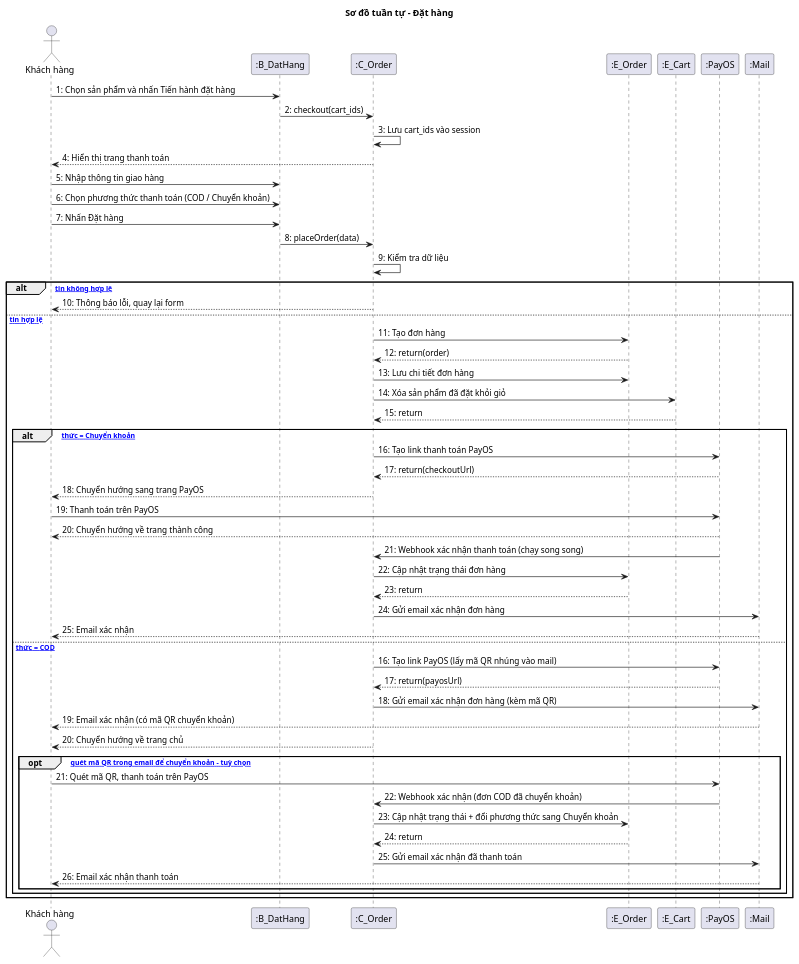
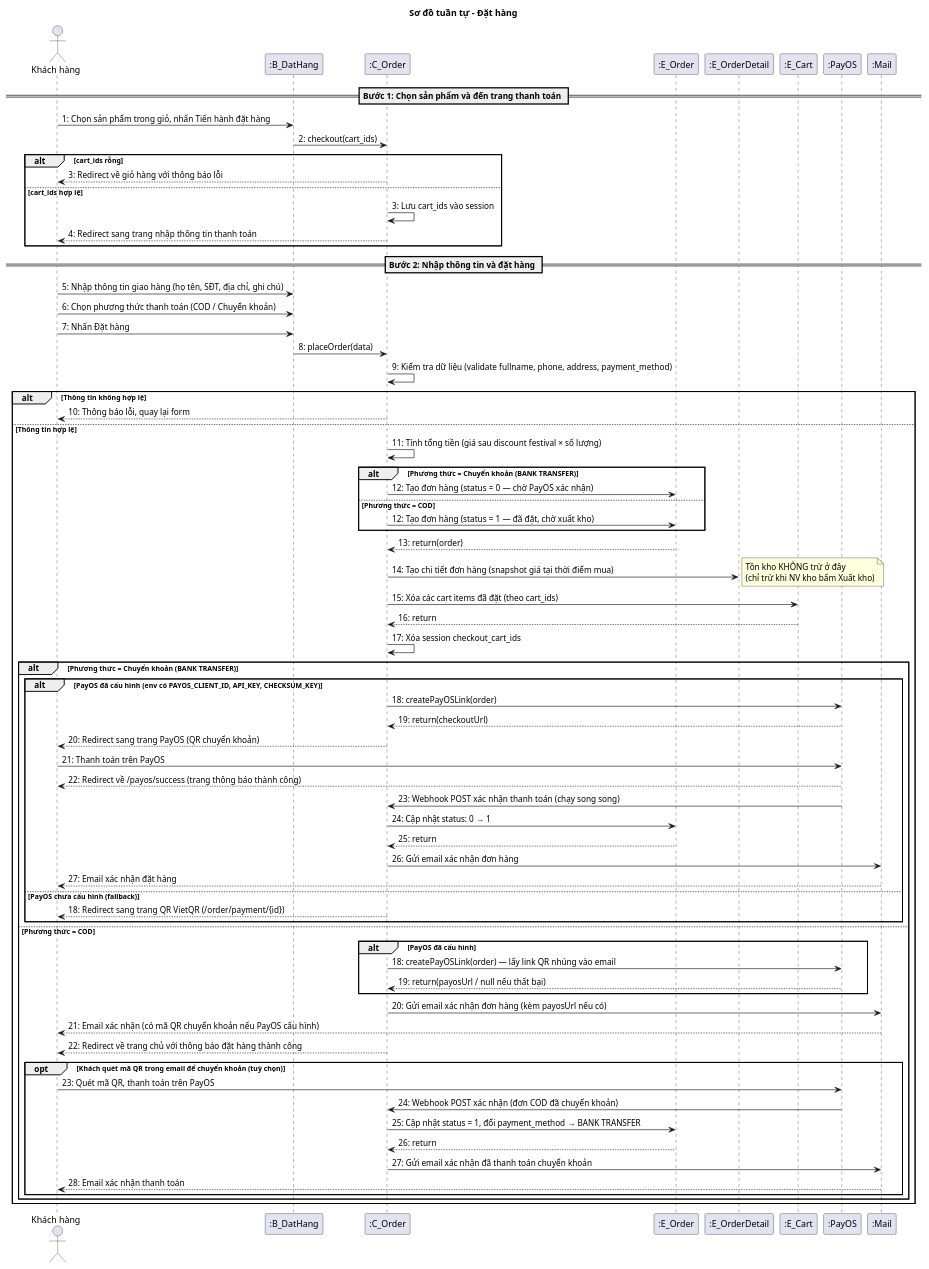
Before and after one commit to thien258/luanvantotnghiep: the diagram in app/Http/doc/sequence/05-dat-hang.puml, drawn with PlantUML. The commit also changed 59 other files, not shown here.

```diff
--- a/app/Http/doc/sequence/05-dat-hang.puml
+++ b/app/Http/doc/sequence/05-dat-hang.puml
@@ -1,62 +1,91 @@
 @startuml
 title Sơ đồ tuần tự - Đặt hàng
 
 actor "Khách hàng" as KH
 participant ":B_DatHang" as B
 participant ":C_Order" as C
 participant ":E_Order" as EO
+participant ":E_OrderDetail" as EOD
 participant ":E_Cart" as EC
 participant ":PayOS" as P
 participant ":Mail" as M
 
-KH -> B : 1: Chọn sản phẩm và nhấn Tiến hành đặt hàng
+== Bước 1: Chọn sản phẩm và đến trang thanh toán ==
+
+KH -> B : 1: Chọn sản phẩm trong giỏ, nhấn Tiến hành đặt hàng
 B -> C : 2: checkout(cart_ids)
-C -> C : 3: Lưu cart_ids vào session
-C --> KH : 4: Hiển thị trang thanh toán
 
-KH -> B : 5: Nhập thông tin giao hàng
+alt cart_ids rỗng
+    C --> KH : 3: Redirect về giỏ hàng với thông báo lỗi
+else cart_ids hợp lệ
+    C -> C : 3: Lưu cart_ids vào session
+    C --> KH : 4: Redirect sang trang nhập thông tin thanh toán
+end
+
+== Bước 2: Nhập thông tin và đặt hàng ==
+
+KH -> B : 5: Nhập thông tin giao hàng (họ tên, SĐT, địa chỉ, ghi chú)
 KH -> B : 6: Chọn phương thức thanh toán (COD / Chuyển khoản)
 KH -> B : 7: Nhấn Đặt hàng
 B -> C : 8: placeOrder(data)
-C -> C : 9: Kiểm tra dữ liệu
+C -> C : 9: Kiểm tra dữ liệu (validate fullname, phone, address, payment_method)
 
-alt [Thông tin không hợp lệ]
+alt Thông tin không hợp lệ
     C --> KH : 10: Thông báo lỗi, quay lại form
+else Thông tin hợp lệ
+    C -> C : 11: Tính tổng tiền (giá sau discount festival × số lượng)
 
-else [Thông tin hợp lệ]
-    C -> EO : 11: Tạo đơn hàng
-    EO --> C : 12: return(order)
-    C -> EO : 13: Lưu chi tiết đơn hàng
-    C -> EC : 14: Xóa sản phẩm đã đặt khỏi giỏ
-    EC --> C : 15: return
+ 
 
-    alt [Phương thức = Chuyển khoản]
-        C -> P : 16: Tạo link thanh toán PayOS
-        P --> C : 17: return(checkoutUrl)
-        C --> KH : 18: Chuyển hướng sang trang PayOS
-        KH -> P : 19: Thanh toán trên PayOS
-        P --> KH : 20: Chuyển hướng về trang thành công
-        P -> C : 21: Webhook xác nhận thanh toán (chạy song song)
-        C -> EO : 22: Cập nhật trạng thái đơn hàng
-        EO --> C : 23: return
-        C -> M : 24: Gửi email xác nhận đơn hàng
-        M --> KH : 25: Email xác nhận
+    alt Phương thức = Chuyển khoản (BANK TRANSFER)
+        C -> EO : 12: Tạo đơn hàng (status = 0 — chờ PayOS xác nhận)
+    else Phương thức = COD
+        C -> EO : 12: Tạo đơn hàng (status = 1 — đã đặt, chờ xuất kho)
+    end
+    EO --> C : 13: return(order)
 
-    else [Phương thức = COD]
-        C -> P : 16: Tạo link PayOS (lấy mã QR nhúng vào mail)
-        P --> C : 17: return(payosUrl)
-        C -> M : 18: Gửi email xác nhận đơn hàng (kèm mã QR)
-        M --> KH : 19: Email xác nhận (có mã QR chuyển khoản)
-        C --> KH : 20: Chuyển hướng về trang chủ
+   
+        C -> EOD : 14: Tạo chi tiết đơn hàng (snapshot giá tại thời điểm mua)
+        note right: Tồn kho KHÔNG trừ ở đây\n(chỉ trừ khi NV kho bấm Xuất kho)
+   
 
-        opt [Khách quét mã QR trong email để chuyển khoản - tuỳ chọn]
-            KH -> P : 21: Quét mã QR, thanh toán trên PayOS
-            P -> C : 22: Webhook xác nhận (đơn COD đã chuyển khoản)
-            C -> EO : 23: Cập nhật trạng thái + đổi phương thức sang Chuyển khoản
-            EO --> C : 24: return
-            C -> M : 25: Gửi email xác nhận đã thanh toán
-            M --> KH : 26: Email xác nhận thanh toán
+    C -> EC : 15: Xóa các cart items đã đặt (theo cart_ids)
+    EC --> C : 16: return
+    C -> C : 17: Xóa session checkout_cart_ids
+
+    alt Phương thức = Chuyển khoản (BANK TRANSFER)
+        alt PayOS đã cấu hình (env có PAYOS_CLIENT_ID, API_KEY, CHECKSUM_KEY)
+            C -> P : 18: createPayOSLink(order)
+            P --> C : 19: return(checkoutUrl)
+            C --> KH : 20: Redirect sang trang PayOS (QR chuyển khoản)
+            KH -> P : 21: Thanh toán trên PayOS
+            P --> KH : 22: Redirect về /payos/success (trang thông báo thành công)
+            P -> C : 23: Webhook POST xác nhận thanh toán (chạy song song)
+            C -> EO : 24: Cập nhật status: 0 → 1
+            EO --> C : 25: return
+            C -> M : 26: Gửi email xác nhận đơn hàng
+            M --> KH : 27: Email xác nhận đặt hàng
+        else PayOS chưa cấu hình (fallback)
+            C --> KH : 18: Redirect sang trang QR VietQR (/order/payment/{id})
+        end
+
+    else Phương thức = COD
+        alt PayOS đã cấu hình
+            C -> P : 18: createPayOSLink(order) — lấy link QR nhúng vào email
+            P --> C : 19: return(payosUrl / null nếu thất bại)
+        end
+        C -> M : 20: Gửi email xác nhận đơn hàng (kèm payosUrl nếu có)
+        M --> KH : 21: Email xác nhận (có mã QR chuyển khoản nếu PayOS cấu hình)
+        C --> KH : 22: Redirect về trang chủ với thông báo đặt hàng thành công
+
+        opt Khách quét mã QR trong email để chuyển khoản (tuỳ chọn)
+            KH -> P : 23: Quét mã QR, thanh toán trên PayOS
+            P -> C : 24: Webhook POST xác nhận (đơn COD đã chuyển khoản)
+            C -> EO : 25: Cập nhật status = 1, đổi payment_method → BANK TRANSFER
+            EO --> C : 26: return
+            C -> M : 27: Gửi email xác nhận đã thanh toán chuyển khoản
+            M --> KH : 28: Email xác nhận thanh toán
         end
     end
 end
 @enduml
```
